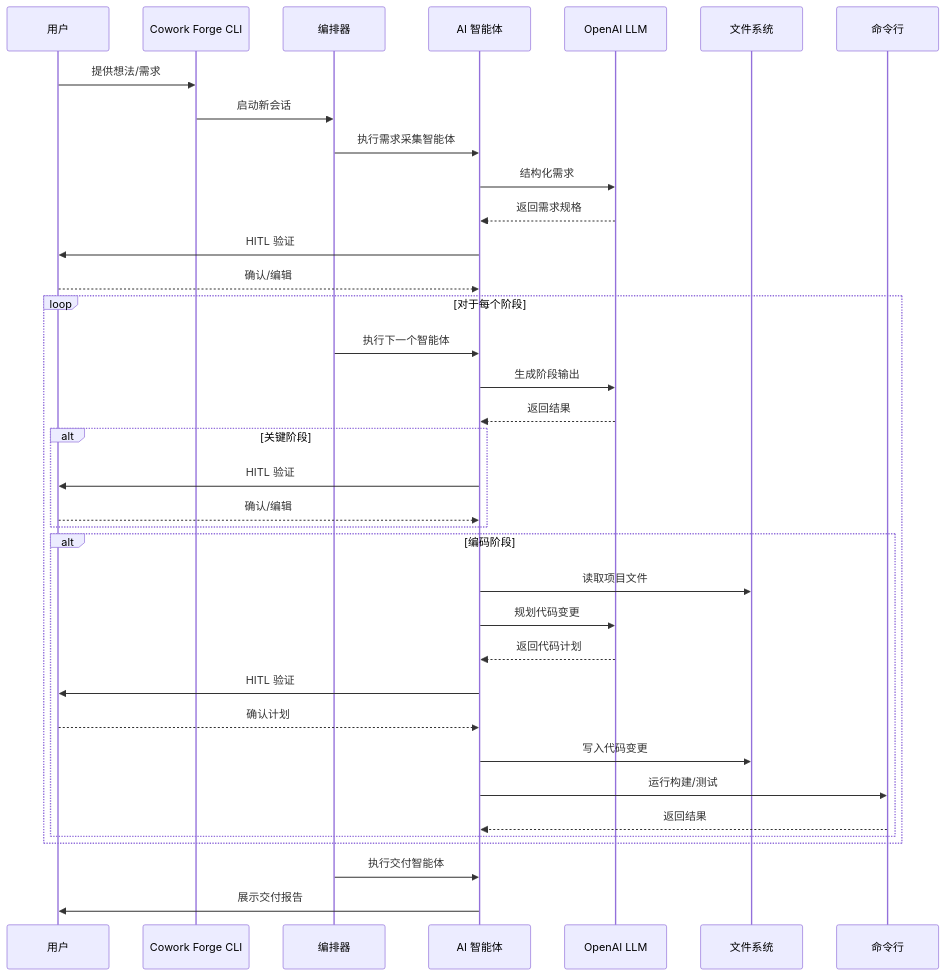
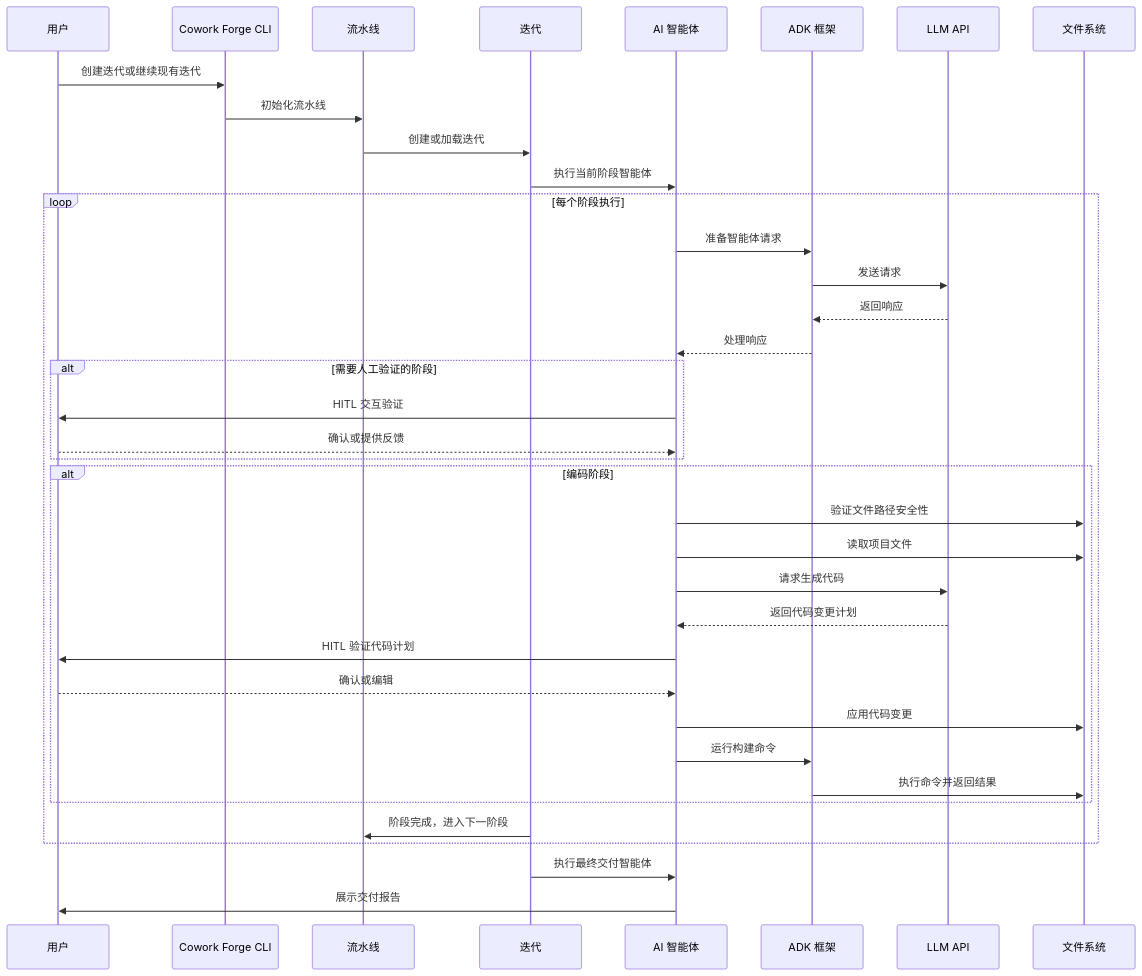
One commit to sopaco/cowork-forge changed the second of 3 diagrams in README_zh.md. Above: the diagram before and after it, drawn with Mermaid. The commit also changed other lines of this file and 1 other file, not shown here.

````diff
--- a/README_zh.md
+++ b/README_zh.md
@@ -261,43 +267,45 @@
 ```mermaid
 sequenceDiagram
     participant User as 用户
     participant CLI as Cowork Forge CLI
-    participant Orch as 编排器
+    participant Pipeline as 流水线
+    participant Iteration as 迭代
     participant Agents as AI 智能体
-    participant LLM as OpenAI LLM
+    participant ADK as ADK 框架
+    participant LLM as LLM API
     participant FS as 文件系统
-    participant CMD as 命令行
 
-    User->>CLI: 提供想法/需求
-    CLI->>Orch: 启动新会话
-    Orch->>Agents: 执行需求采集智能体
-    Agents->>LLM: 结构化需求
-    LLM-->>Agents: 返回需求规格
-    Agents->>User: HITL 验证
-    User-->>Agents: 确认/编辑
+    User->>CLI: 创建迭代或继续现有迭代
+    CLI->>Pipeline: 初始化流水线
+    Pipeline->>Iteration: 创建或加载迭代
+    Iteration->>Agents: 执行当前阶段智能体
     
-    loop 对于每个阶段
-        Orch->>Agents: 执行下一个智能体
-        Agents->>LLM: 生成阶段输出
-        LLM-->>Agents: 返回结果
+    loop 每个阶段执行
+        Agents->>ADK: 准备智能体请求
+        ADK->>LLM: 发送请求
+        LLM-->>ADK: 返回响应
+        ADK-->>Agents: 处理响应
         
-        alt 关键阶段
-            Agents->>User: HITL 验证
-            User-->>Agents: 确认/编辑
+        alt 需要人工验证的阶段
+            Agents->>User: HITL 交互验证
+            User-->>Agents: 确认或提供反馈
         end
         
         alt 编码阶段
+            Agents->>FS: 验证文件路径安全性
             Agents->>FS: 读取项目文件
-            Agents->>LLM: 规划代码变更
-            LLM-->>Agents: 返回代码计划
-            Agents->>User: HITL 验证
-            User-->>Agents: 确认计划
-            Agents->>FS: 写入代码变更
-            Agents->>CMD: 运行构建/测试
-            CMD-->>Agents: 返回结果
+            Agents->>LLM: 请求生成代码
+            LLM-->>Agents: 返回代码变更计划
+            Agents->>User: HITL 验证代码计划
+            User-->>Agents: 确认或编辑
+            Agents->>FS: 应用代码变更
+            Agents->>ADK: 运行构建命令
+            ADK->>FS: 执行命令并返回结果
         end
+        
+        Iteration->>Pipeline: 阶段完成，进入下一阶段
     end
     
-    Orch->>Agents: 执行交付智能体
+    Iteration->>Agents: 执行最终交付智能体
     Agents->>User: 展示交付报告
 ```
````
